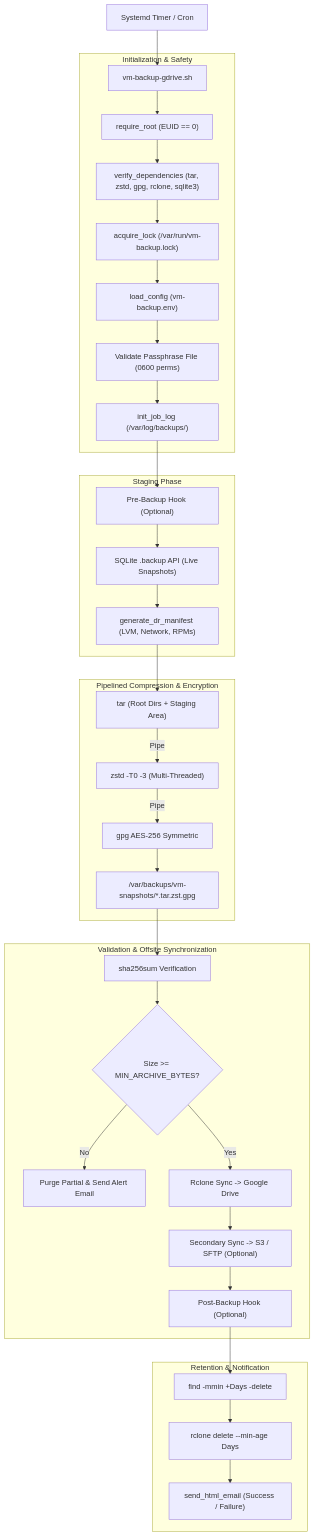
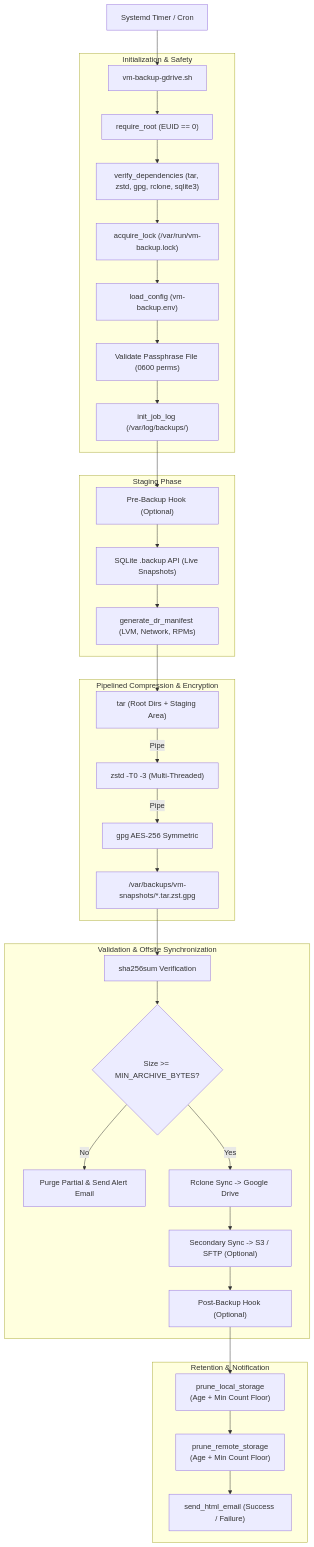
The first of 4 diagrams in os_sys/cloudmgr/vm-backup-gdrive_README.md (edsilegxrepo/devops), drawn with Mermaid before and after one commit. The commit also changed other lines of this file and 19 other files, not shown here.

````diff
--- a/os_sys/cloudmgr/vm-backup-gdrive_README.md
+++ b/os_sys/cloudmgr/vm-backup-gdrive_README.md
@@ -48,41 +49,41 @@
 ```mermaid
 graph TD
     Cron["Systemd Timer / Cron"] --> Script["vm-backup-gdrive.sh"]
 
     subgraph "Initialization & Safety"
         Script --> RootGuard["require_root (EUID == 0)"]
         RootGuard --> DepCheck["verify_dependencies (tar, zstd, gpg, rclone, sqlite3)"]
         DepCheck --> LockGuard["acquire_lock (/var/run/vm-backup.lock)"]
         LockGuard --> ConfigEngine["load_config (vm-backup.env)"]
         ConfigEngine --> PassphraseValidate["Validate Passphrase File (0600 perms)"]
         PassphraseValidate --> InitLog["init_job_log (/var/log/backups/)"]
     end
 
     subgraph "Staging Phase"
         InitLog --> PreHook["Pre-Backup Hook (Optional)"]
         PreHook --> HotSQLite["SQLite .backup API (Live Snapshots)"]
         HotSQLite --> DRGen["generate_dr_manifest (LVM, Network, RPMs)"]
     end
 
     subgraph "Pipelined Compression & Encryption"
         DRGen --> TarStream["tar (Root Dirs + Staging Area)"]
         TarStream -->|"Pipe"| ZstdStream["zstd -T0 -3 (Multi-Threaded)"]
         ZstdStream -->|"Pipe"| GPGStream["gpg AES-256 Symmetric"]
         GPGStream --> ArchiveTarget["/var/backups/vm-snapshots/*.tar.zst.gpg"]
     end
 
     subgraph "Validation & Offsite Synchronization"
         ArchiveTarget --> ChecksumGen["sha256sum Verification"]
         ChecksumGen --> SizeCheck{"Size >= MIN_ARCHIVE_BYTES?"}
         SizeCheck -->|No| FailAlert["Purge Partial & Send Alert Email"]
         SizeCheck -->|Yes| PrimarySync["Rclone Sync -> Google Drive"]
         PrimarySync --> SecondarySync["Secondary Sync -> S3 / SFTP (Optional)"]
         SecondarySync --> PostHook["Post-Backup Hook (Optional)"]
     end
 
     subgraph "Retention & Notification"
-        PostHook --> LocalPrune["find -mmin +Days -delete"]
-        LocalPrune --> RemotePrune["rclone delete --min-age Days"]
+        PostHook --> LocalPrune["prune_local_storage<br/>(Age + Min Count Floor)"]
+        LocalPrune --> RemotePrune["prune_remote_storage<br/>(Age + Min Count Floor)"]
         RemotePrune --> DispatchEmail["send_html_email (Success / Failure)"]
     end
 ```
````
